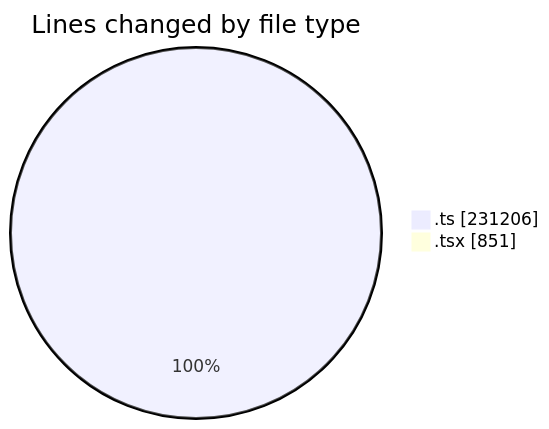
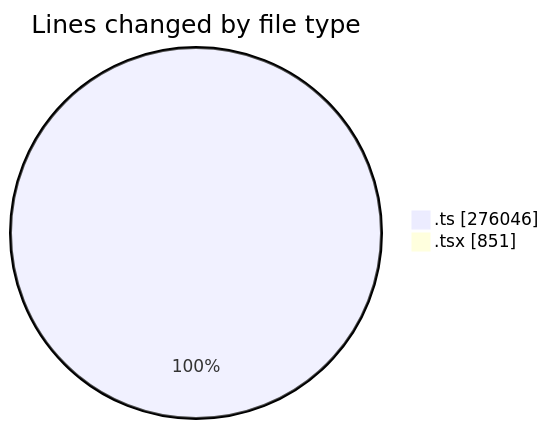
The first of 2 diagrams in 2025-08-22/cda/README.md (momahboobian/code-tracking), drawn with Mermaid before and after one commit. The commit also changed other lines of this file and 1 other file, not shown here.

````diff
--- a/2025-08-22/cda/README.md
+++ b/2025-08-22/cda/README.md
@@ -34,6 +34,6 @@
 ```mermaid
 pie showData
 title Lines changed by file type
-".ts" : 231206
+".ts" : 276046
 ".tsx" : 851
 ```
````
